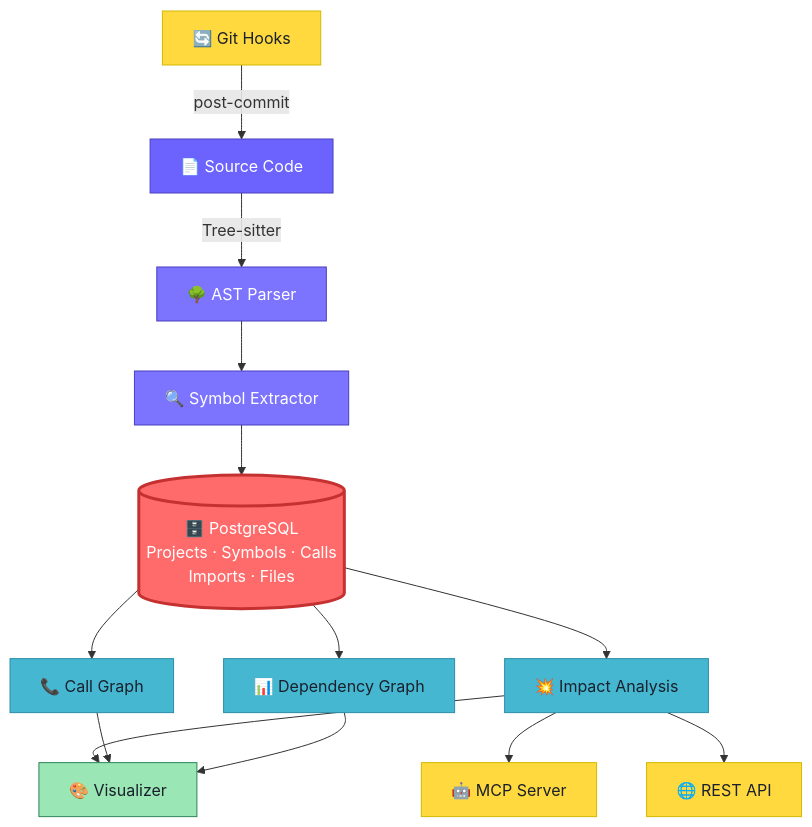
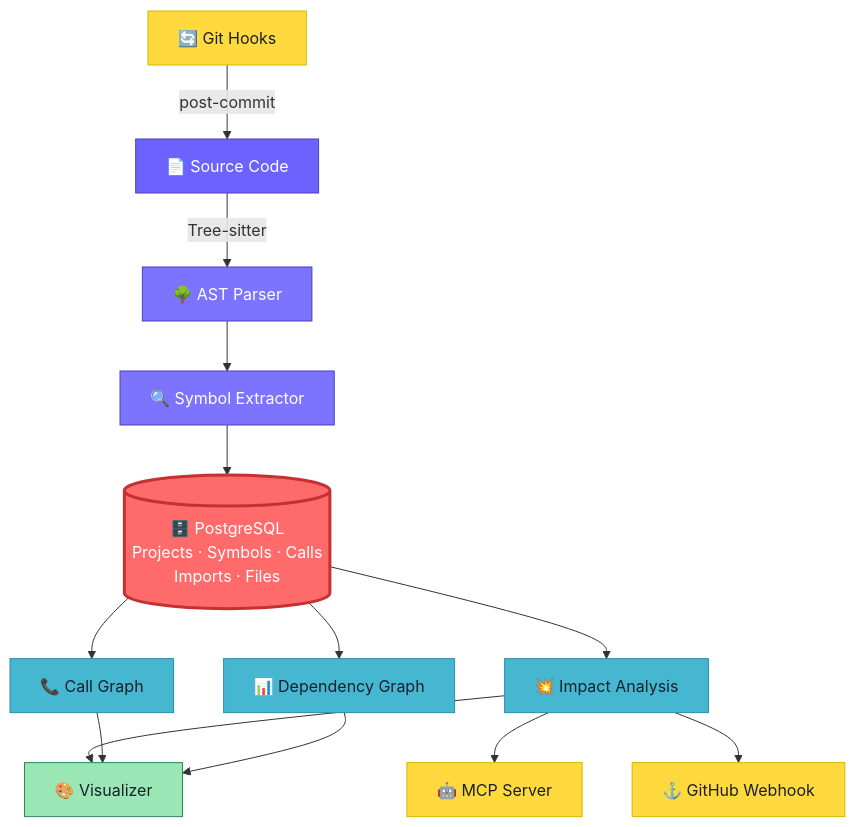
Before and after one commit to RajX-dev/CODESEER-MAIN: the first of 4 diagrams in README.md, drawn with Mermaid. The commit also changed other lines of this file and 2 other files, not shown here.

Commit message:
docs: restructure README to focus on GitHub App monetization and add key generation tool

````diff
--- a/README.md
+++ b/README.md
@@ -102,31 +102,31 @@
 ```mermaid
 graph TD
     A["📄 Source Code"] -->|Tree-sitter| B["🌳 AST Parser"]
     B --> C["🔍 Symbol Extractor"]
     D["🔄 Git Hooks"] -->|post-commit| A
 
     C --> E[("🗄️ PostgreSQL<br/>Projects · Symbols · Calls<br/>Imports · Files")]
 
     E --> F["💥 Impact Analysis"]
     E --> G["📞 Call Graph"]
     E --> H["📊 Dependency Graph"]
 
     F --> I["🎨 Visualizer"]
     G --> I
     H --> I
 
     F --> J["🤖 MCP Server"]
-    F --> K["🌐 REST API"]
+    F --> K["⚓ GitHub Webhook"]
 
     style A fill:#6c63ff,stroke:#4a3fbf,color:#fff
     style B fill:#7c74ff,stroke:#4a3fbf,color:#fff
     style C fill:#7c74ff,stroke:#4a3fbf,color:#fff
     style D fill:#ffd93d,stroke:#d4b800,color:#1a202c
     style E fill:#ff6b6b,stroke:#c53030,color:#fff,stroke-width:3px
     style F fill:#45b7d1,stroke:#2c8ea8,color:#1a202c
     style G fill:#45b7d1,stroke:#2c8ea8,color:#1a202c
     style H fill:#45b7d1,stroke:#2c8ea8,color:#1a202c
     style I fill:#9ae6b4,stroke:#2f855a,color:#1a202c
     style J fill:#ffd93d,stroke:#d4b800,color:#1a202c
     style K fill:#ffd93d,stroke:#d4b800,color:#1a202c
 ```
````
